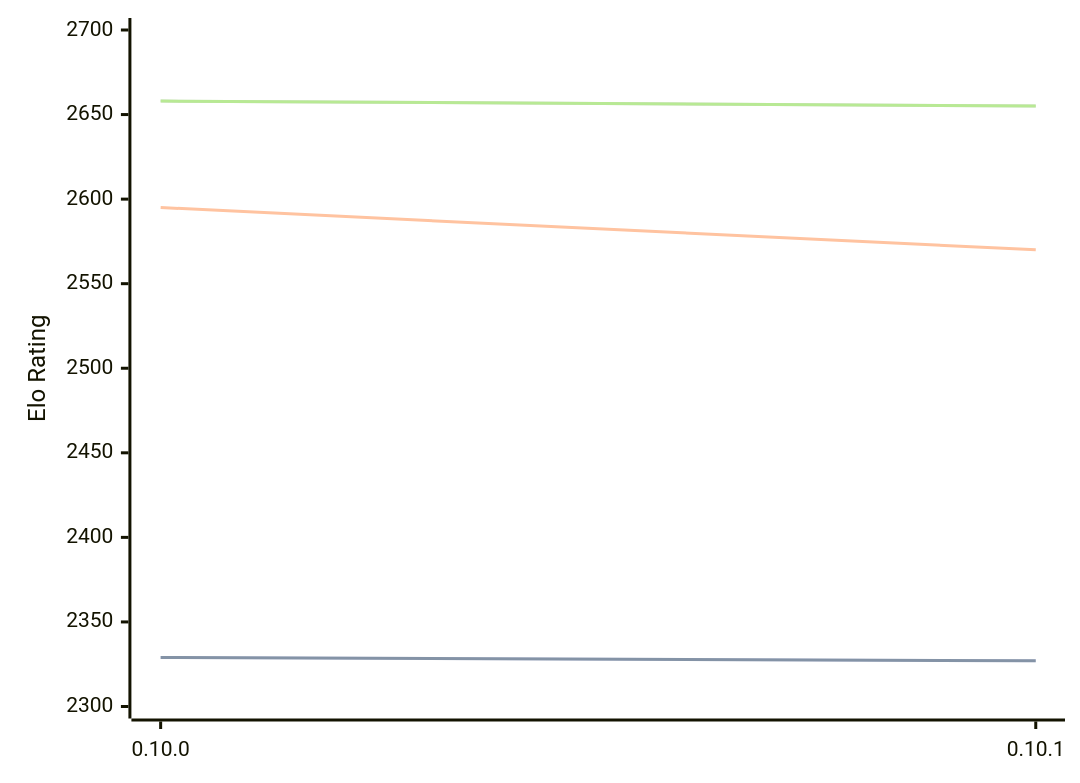
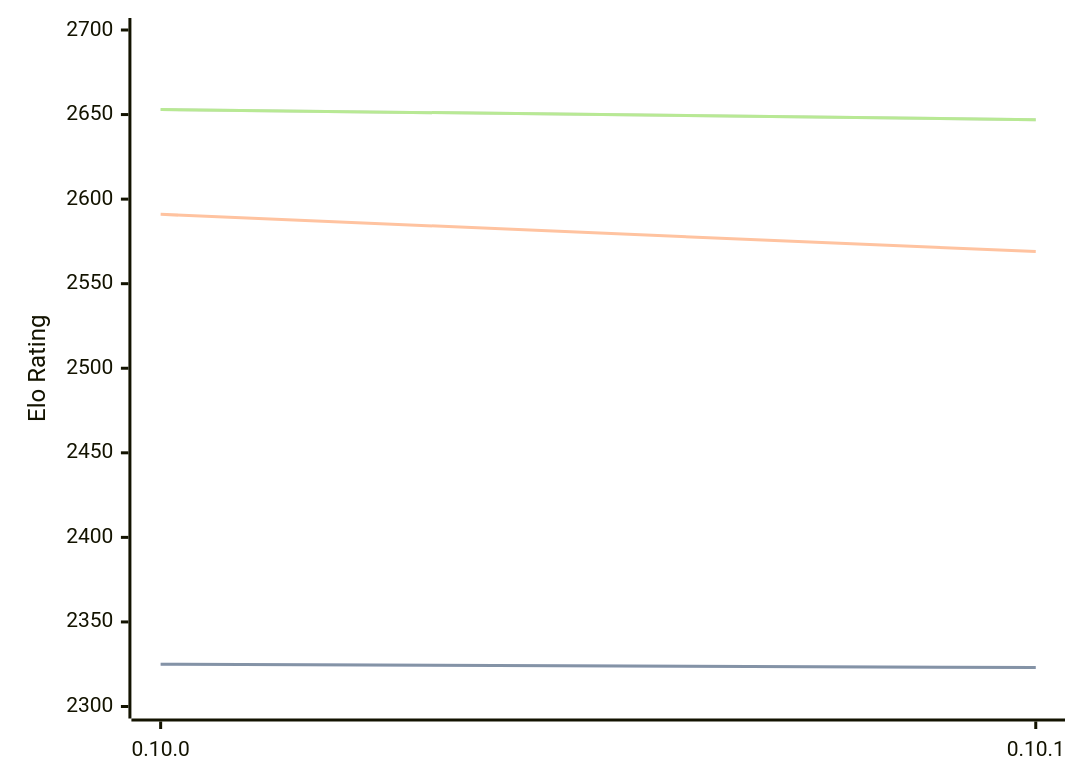
One commit to computer-chess-index/cci changed the diagram in engines/Fatalii.md. Above: the diagram before and after it, drawn with Mermaid. The commit also changed other lines of this file, not shown here.

Commit message:
Update CCI Ratings (ELO VLTC) - 2026-05-18

````diff
--- a/engines/Fatalii.md
+++ b/engines/Fatalii.md
@@ -46,11 +46,11 @@
 ```mermaid
 %%{init: {"theme":"base","themeVariables":{"seriesColors:['#a3a3a3','#222221','#faa371']}}}%%
 xychart-beta
   x-axis ["0.10.0", "0.10.1"]
   y-axis "Elo Rating" 2300 --> 2700
-  line "STC (8.0+0.08s)" [2329, 2327]
-  line "STC (8.0+0.08s)" [2329, 2327]
-  line "LTC (60.0+0.60s)" [2595, 2570]
-  line "VLTC (2m24s+1.12s)" [2658, 2655]
-  line "VLTC (2m24s+1.12s)" [2658, 2655]
+  line "STC (8.0+0.08s)" [2325, 2323]
+  line "STC (8.0+0.08s)" [2325, 2323]
+  line "LTC (60.0+0.60s)" [2591, 2569]
+  line "VLTC (2m24s+1.12s)" [2653, 2647]
+  line "VLTC (2m24s+1.12s)" [2653, 2647]
 ```
````
